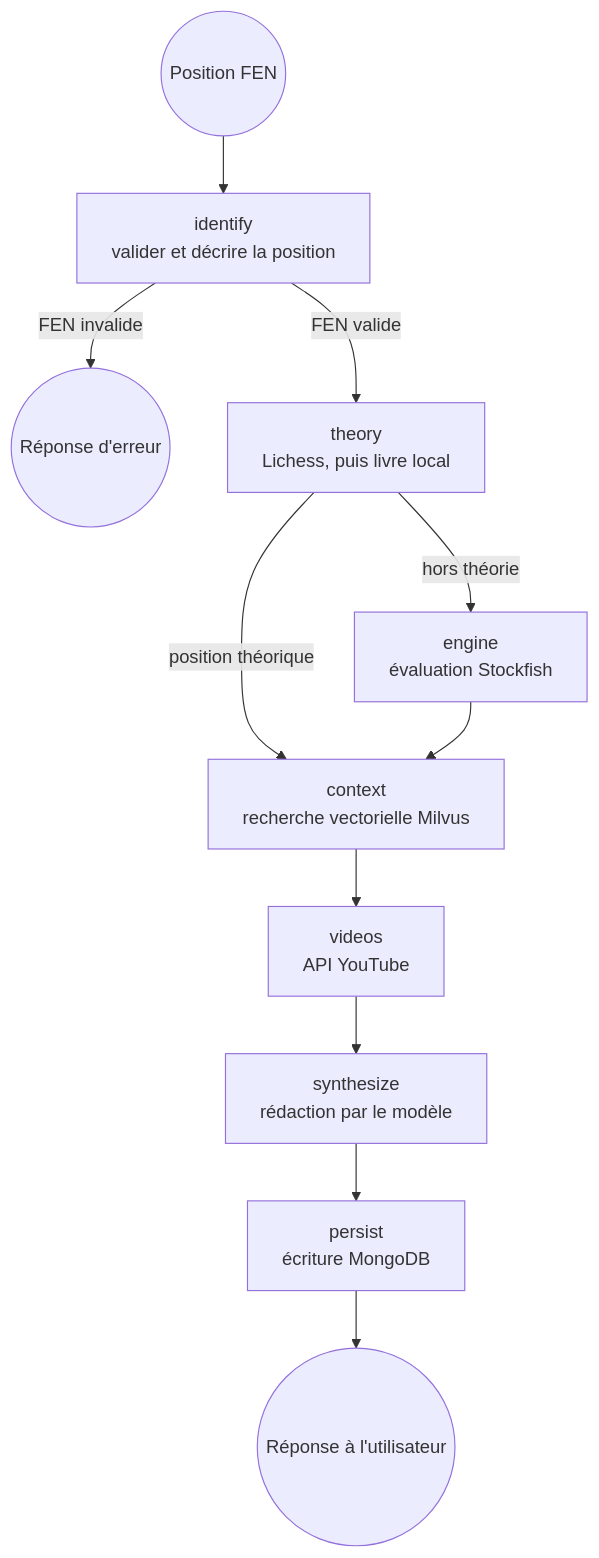
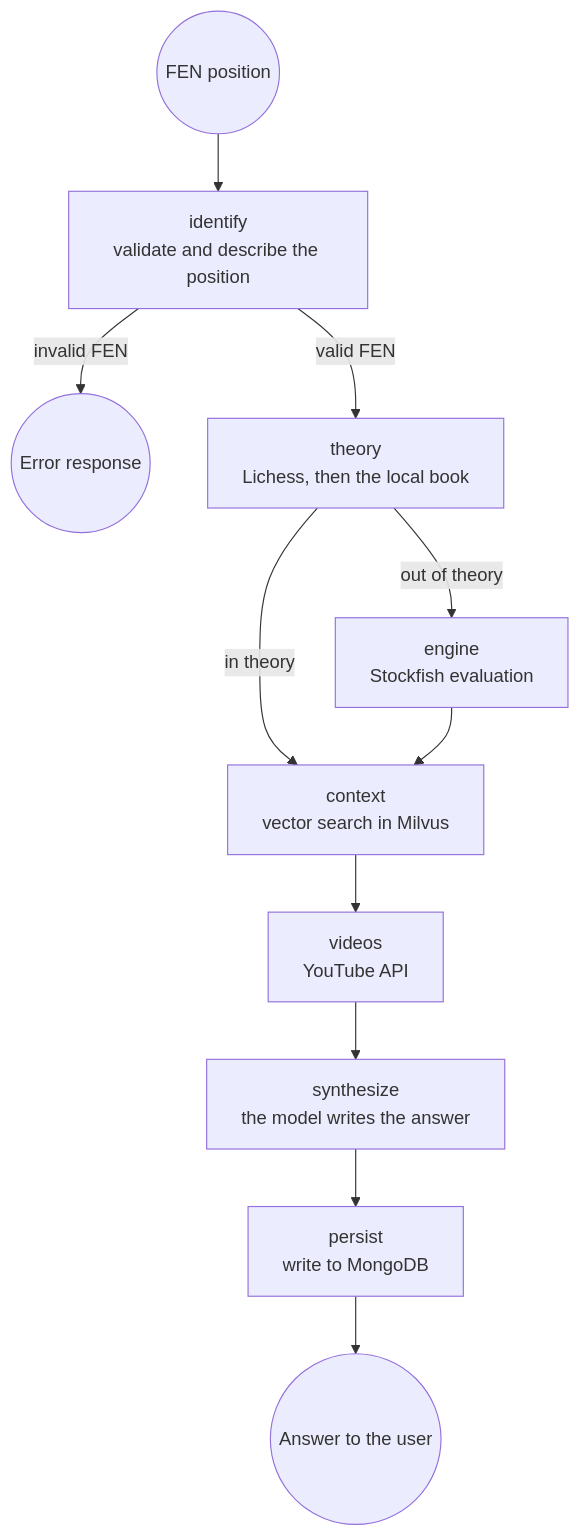
Before and after one commit to BenoitJT-GIRARD/lab-chess-coach-agent: the second of 3 diagrams in docs/architecture.md, drawn with Mermaid. The commit also changed other lines of this file and 16 other files, not shown here.

````diff
--- a/docs/architecture.md
+++ b/docs/architecture.md
@@ -64,15 +62,15 @@
 ```mermaid
 flowchart TD
-    START(("Position FEN")) --> IDENTIFY["identify<br/>valider et décrire la position"]
-    IDENTIFY -->|FEN invalide| END1(("Réponse d'erreur"))
-    IDENTIFY -->|FEN valide| THEORY["theory<br/>Lichess, puis livre local"]
+    START(("FEN position")) --> IDENTIFY["identify<br/>validate and describe the position"]
+    IDENTIFY -->|invalid FEN| END1(("Error response"))
+    IDENTIFY -->|valid FEN| THEORY["theory<br/>Lichess, then the local book"]
 
-    THEORY -->|position théorique| CONTEXT
-    THEORY -->|hors théorie| ENGINE["engine<br/>évaluation Stockfish"]
-    ENGINE --> CONTEXT["context<br/>recherche vectorielle Milvus"]
+    THEORY -->|in theory| CONTEXT
+    THEORY -->|out of theory| ENGINE["engine<br/>Stockfish evaluation"]
+    ENGINE --> CONTEXT["context<br/>vector search in Milvus"]
 
-    CONTEXT --> VIDEOS["videos<br/>API YouTube"]
-    VIDEOS --> SYNTHESIZE["synthesize<br/>rédaction par le modèle"]
-    SYNTHESIZE --> PERSIST["persist<br/>écriture MongoDB"]
-    PERSIST --> END2(("Réponse à l'utilisateur"))
+    CONTEXT --> VIDEOS["videos<br/>YouTube API"]
+    VIDEOS --> SYNTHESIZE["synthesize<br/>the model writes the answer"]
+    SYNTHESIZE --> PERSIST["persist<br/>write to MongoDB"]
+    PERSIST --> END2(("Answer to the user"))
 ```
````
